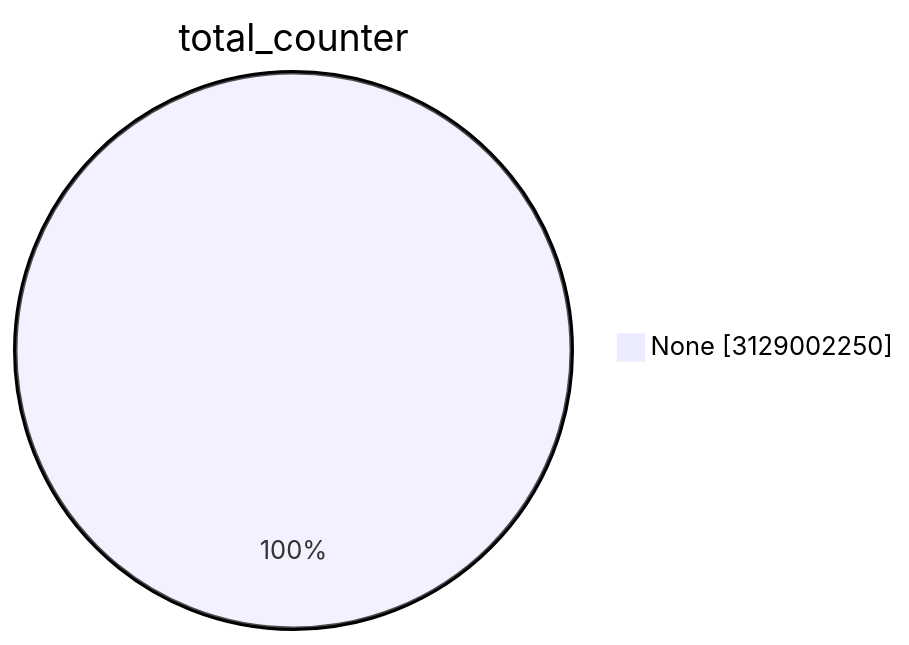
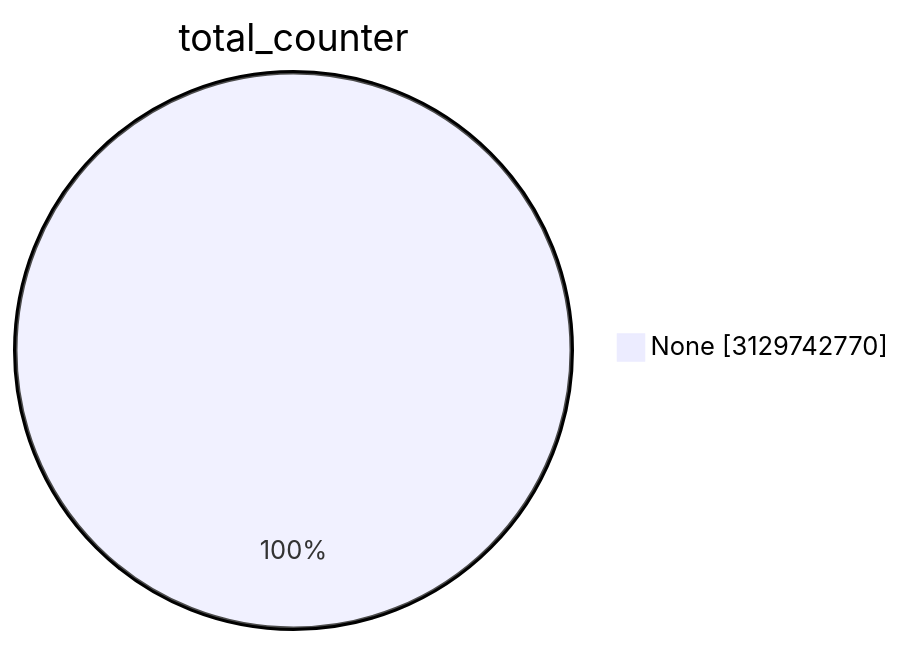
One commit to christiankrug/ctmonitor_visualization changed the first of 15 diagrams in TOTAL/README.md. Above: the diagram before and after it, drawn with Mermaid. The commit also changed other lines of this file, not shown here.

````diff
--- a/TOTAL/README.md
+++ b/TOTAL/README.md
@@ -1,5 +1,5 @@
 ```mermaid
 pie showData
 title total_counter
-"None" :3129002250
+"None" :3129742770
 ```
````
